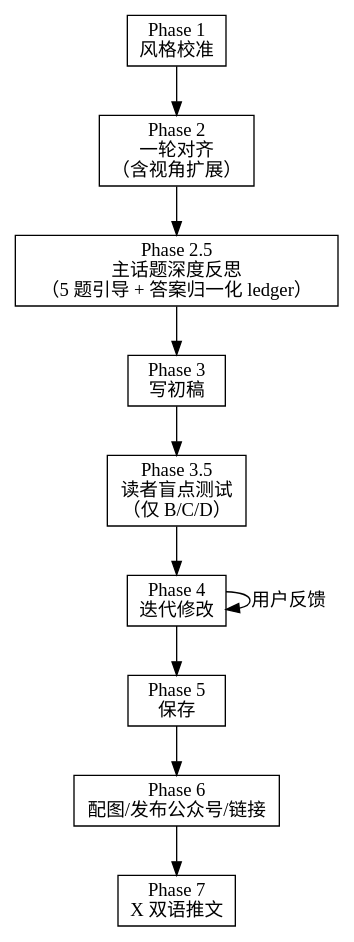
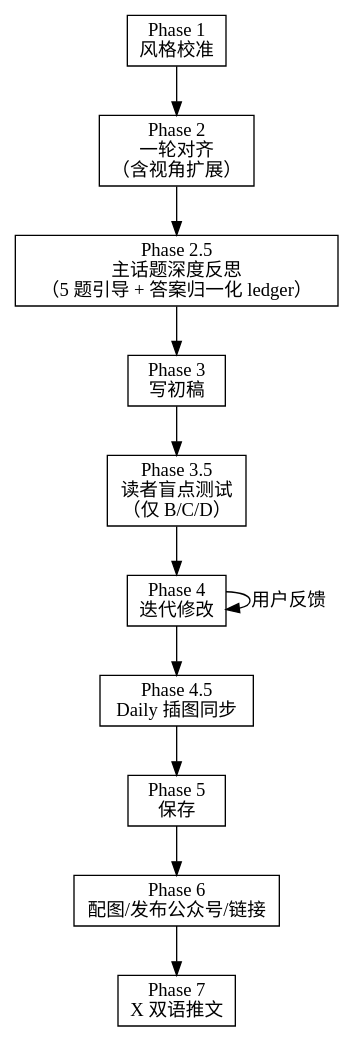
One commit to ken-zy/jdy_writer changed the diagram in SKILL.md. Above: the diagram before and after it, drawn with Graphviz. The commit also changed other lines of this file, not shown here.

First line of the commit message:
feat(jdy_writer): add Phase 4.5 daily image sync and switch image gen to $imagegen

````diff
--- a/SKILL.md
+++ b/SKILL.md
@@ -21,19 +21,20 @@
 ```dot
 digraph workflow {
     rankdir=TB;
     node [shape=box];
 
     calibrate [label="Phase 1\n风格校准"];
     align [label="Phase 2\n一轮对齐\n（含视角扩展）"];
     fupan [label="Phase 2.5\n主话题深度反思\n（5 题引导 + 答案归一化 ledger）"];
     draft [label="Phase 3\n写初稿"];
     readertest [label="Phase 3.5\n读者盲点测试\n（仅 B/C/D）"];
     iterate [label="Phase 4\n迭代修改"];
+    imagesync [label="Phase 4.5\nDaily 插图同步"];
     save [label="Phase 5\n保存"];
     extras [label="Phase 6\n配图/发布公众号/链接"];
     xpost [label="Phase 7\nX 双语推文"];
 
-    calibrate -> align -> fupan -> draft -> readertest -> iterate -> save -> extras -> xpost;
+    calibrate -> align -> fupan -> draft -> readertest -> iterate -> imagesync -> save -> extras -> xpost;
     iterate -> iterate [label="用户反馈"];
 }
 ```
````
